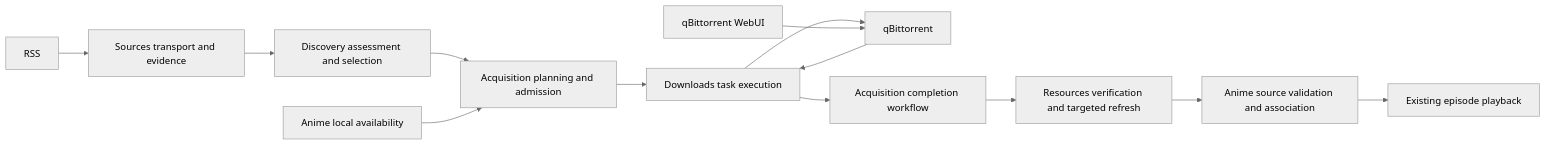
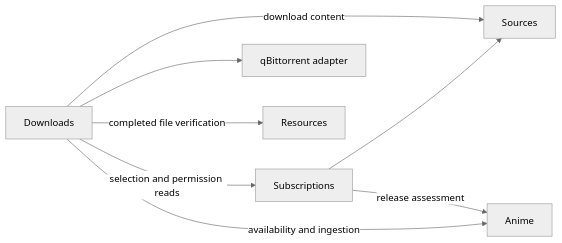
One commit to qw0er/Anishelf changed the first of 2 diagrams in docs/current-architecture.md. Above: the diagram before and after it, drawn with Mermaid (neutral theme). The commit also changed other lines of this file and 71 other files, not shown here.

Commit message:
refactor(acquisition): separate subscriptions and consolidate download lifecycle

````diff
--- a/docs/current-architecture.md
+++ b/docs/current-architecture.md
@@ -17,15 +31,10 @@
 ```mermaid
 flowchart LR
-    RSS --> Sources[Sources transport and evidence]
-    Sources --> Discovery[Discovery assessment and selection]
-    Discovery --> Plan[Acquisition planning and admission]
-    Catalog[Anime local availability] --> Plan
-    Plan --> Downloads[Downloads task execution]
-    Downloads --> Q[qBittorrent]
-    Q --> Downloads
-    Downloads --> Ingest[Acquisition completion workflow]
-    Ingest --> Resources[Resources verification and targeted refresh]
-    Resources --> Anime[Anime source validation and association]
-    Anime --> Library[Existing episode playback]
-    WebUI[qBittorrent WebUI] --> Q
+    Sub[Subscriptions] --> Sources
+    Downloads -->|selection and permission reads| Sub
+    Downloads -->|download content| Sources
+    Downloads --> Q[qBittorrent adapter]
+    Downloads -->|completed file verification| Resources
+    Downloads -->|availability and ingestion| Anime
+    Sub -->|release assessment| Anime
 ```
````
